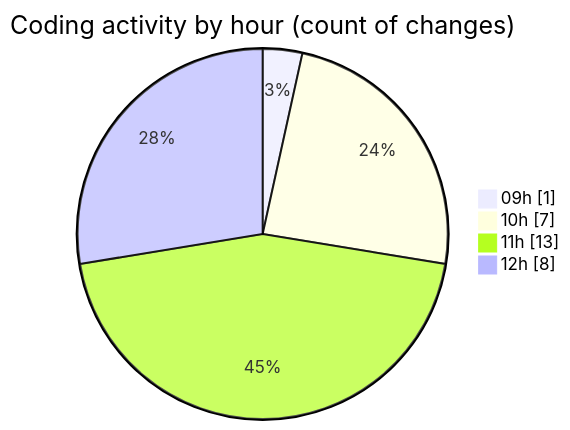
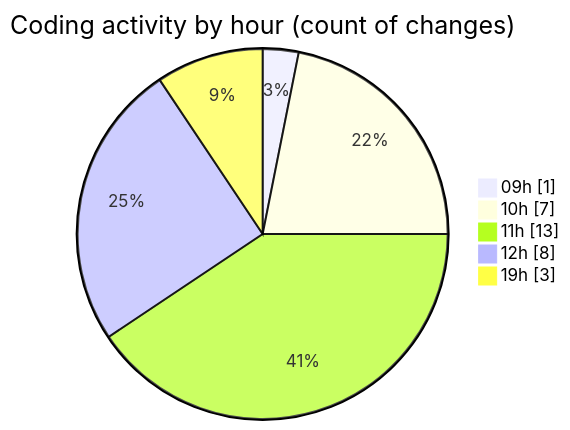
One commit to CELIANVF/code-tracking changed the second of 2 diagrams in 2025-05-01/ecodeli/README.md. Above: the diagram before and after it, drawn with Mermaid. The commit also changed other lines of this file and 1 other file, not shown here.

````diff
--- a/2025-05-01/ecodeli/README.md
+++ b/2025-05-01/ecodeli/README.md
@@ -40,8 +42,9 @@
 ```mermaid
 pie showData
 title Coding activity by hour (count of changes)
 "09h" : 1
 "10h" : 7
 "11h" : 13
 "12h" : 8
+"19h" : 3
 ```
````
